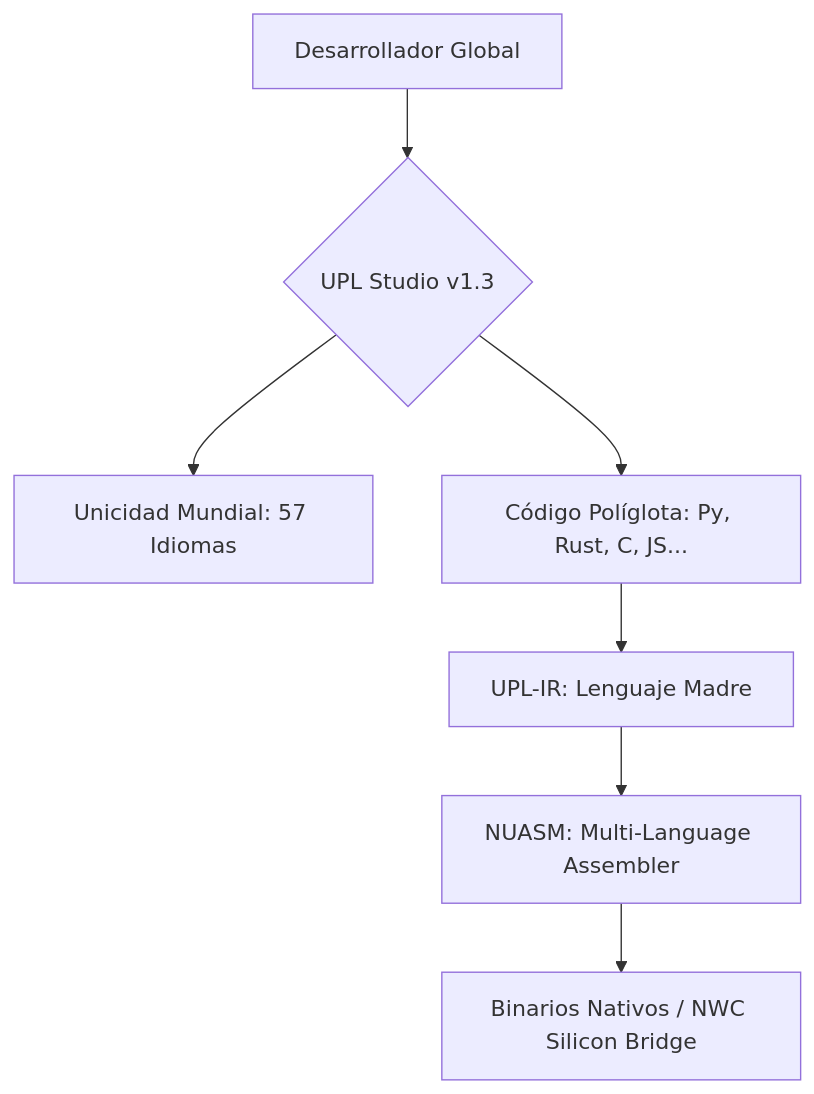
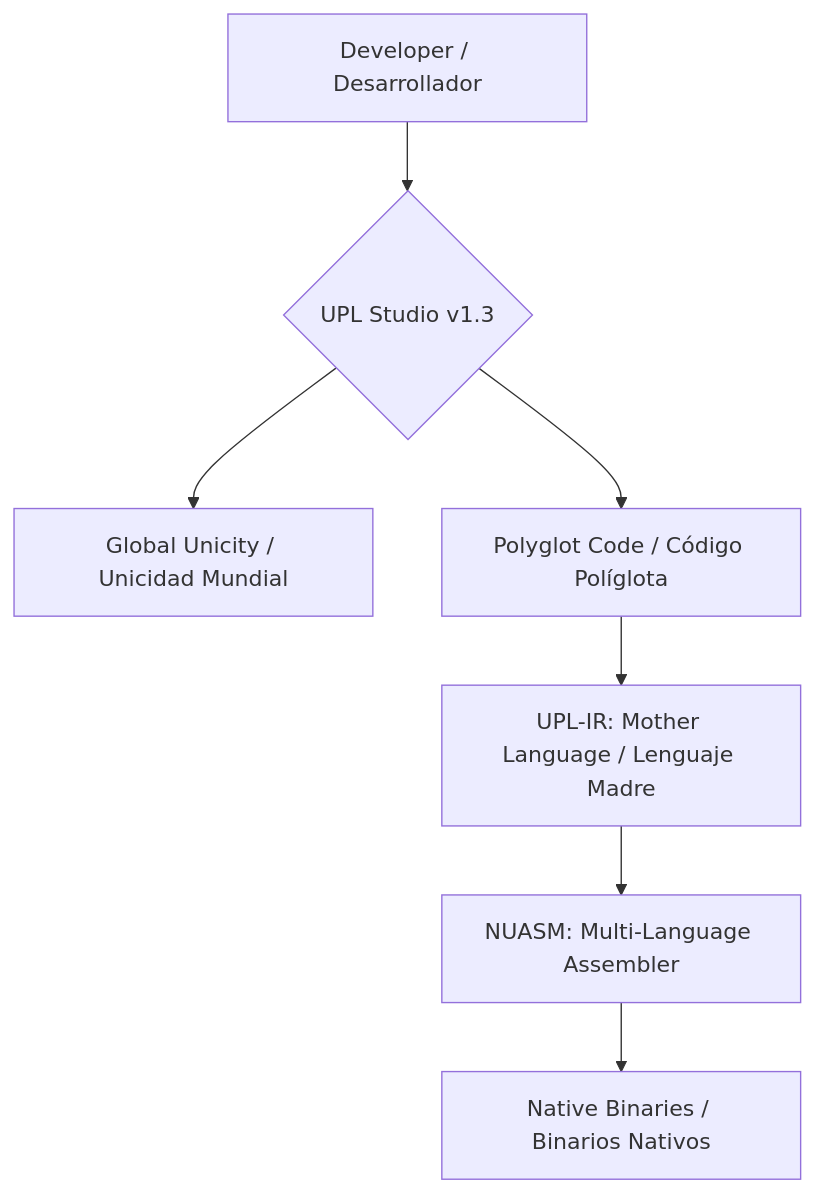
Before and after one commit to cyberenigma-lgtm/UNIVERSAL-POLYGLOT-LAYER-UPL: the diagram in README.md, drawn with Mermaid. The commit also changed other lines of this file and 1 other file, not shown here.

````diff
--- a/README.md
+++ b/README.md
@@ -31,9 +38,9 @@
 ```mermaid
 graph TD
-    A[Desarrollador Global] --> B{UPL Studio v1.3}
-    B --> C[Unicidad Mundial: 57 Idiomas]
-    B --> D[Código Políglota: Py, Rust, C, JS...]
-    D --> E[UPL-IR: Lenguaje Madre]
+    A[Developer / Desarrollador] --> B{UPL Studio v1.3}
+    B --> C[Global Unicity / Unicidad Mundial]
+    B --> D[Polyglot Code / Código Políglota]
+    D --> E[UPL-IR: Mother Language / Lenguaje Madre]
     E --> F[NUASM: Multi-Language Assembler]
-    F --> G[Binarios Nativos / NWC Silicon Bridge]
+    F --> G[Native Binaries / Binarios Nativos]
 ```
````
